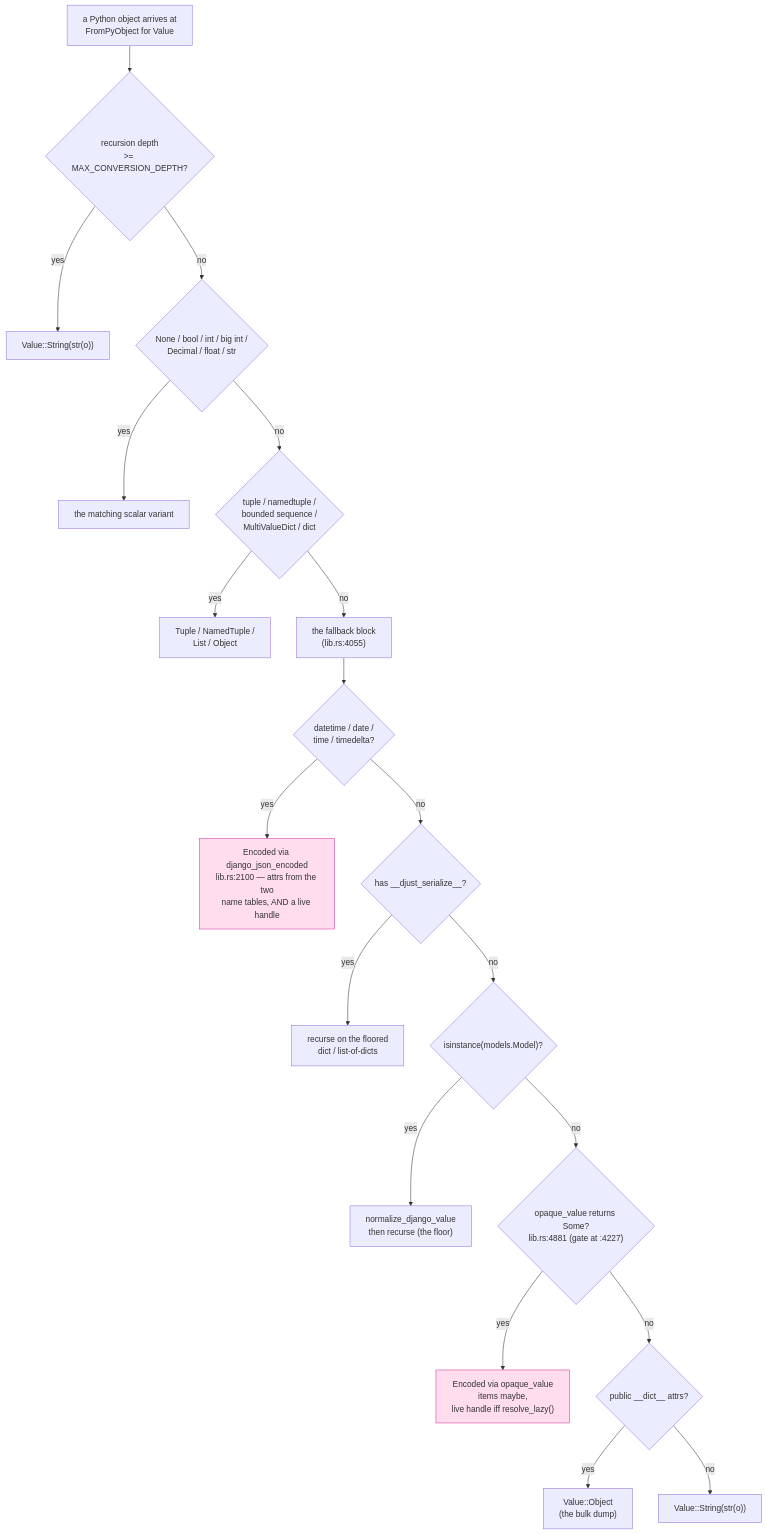
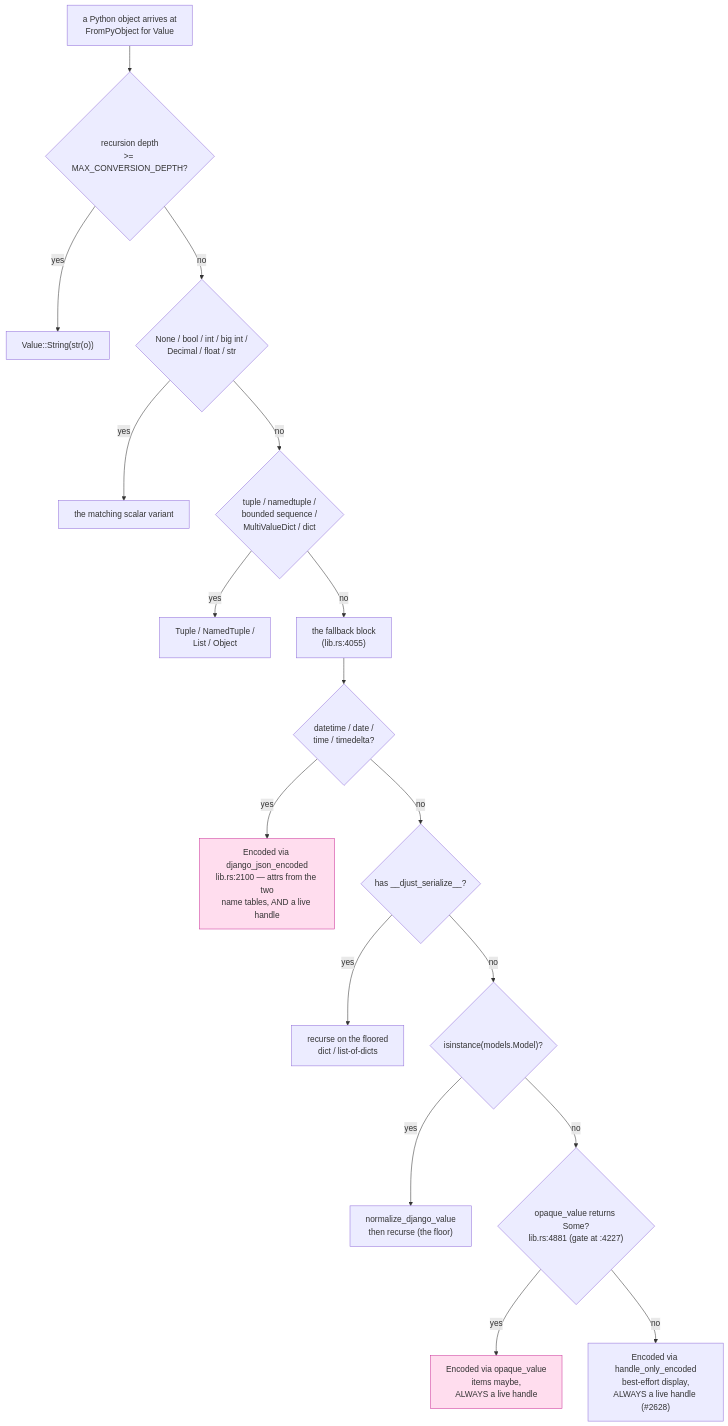
Before and after one commit to djust-org/djust: the second of 4 diagrams in docs/architecture/VALUE_BOUNDARY.md, drawn with Mermaid. The commit also changed other lines of this file and 4 other files, not shown here.

````diff
--- a/docs/architecture/VALUE_BOUNDARY.md
+++ b/docs/architecture/VALUE_BOUNDARY.md
@@ -65,25 +65,23 @@
 ```mermaid
 flowchart TD
     S["a Python object arrives at<br/>FromPyObject for Value"] --> D0{"recursion depth<br/>>= MAX_CONVERSION_DEPTH?"}
     D0 -->|yes| STR["Value::String(str(o))"]
     D0 -->|no| D1{"None / bool / int / big int /<br/>Decimal / float / str"}
     D1 -->|yes| PRIM["the matching scalar variant"]
     D1 -->|no| D2{"tuple / namedtuple /<br/>bounded sequence /<br/>MultiValueDict / dict"}
     D2 -->|yes| CONT["Tuple / NamedTuple /<br/>List / Object"]
     D2 -->|no| FB["the fallback block<br/>(lib.rs:4055)"]
 
     FB --> F1{"datetime / date /<br/>time / timedelta?"}
     F1 -->|yes| ENC1["Encoded via django_json_encoded<br/>lib.rs:2100 — attrs from the two<br/>name tables, AND a live handle"]
     F1 -->|no| F2{"has __djust_serialize__?"}
     F2 -->|yes| SER["recurse on the floored<br/>dict / list-of-dicts"]
     F2 -->|no| F3{"isinstance(models.Model)?"}
     F3 -->|yes| MOD["normalize_django_value<br/>then recurse (the floor)"]
     F3 -->|no| F4{"opaque_value returns Some?<br/>lib.rs:4881 (gate at :4227)"}
-    F4 -->|yes| ENC2["Encoded via opaque_value<br/>items maybe,<br/>live handle iff resolve_lazy()"]
-    F4 -->|no| F5{"public __dict__ attrs?"}
-    F5 -->|yes| OBJ["Value::Object<br/>(the bulk dump)"]
-    F5 -->|no| STR2["Value::String(str(o))"]
+    F4 -->|yes| ENC2["Encoded via opaque_value<br/>items maybe,<br/>ALWAYS a live handle"]
+    F4 -->|no| HO["Encoded via handle_only_encoded<br/>best-effort display,<br/>ALWAYS a live handle (#2628)"]
 
     style ENC1 fill:#fde,stroke:#c39
     style ENC2 fill:#fde,stroke:#c39
 ```
````
